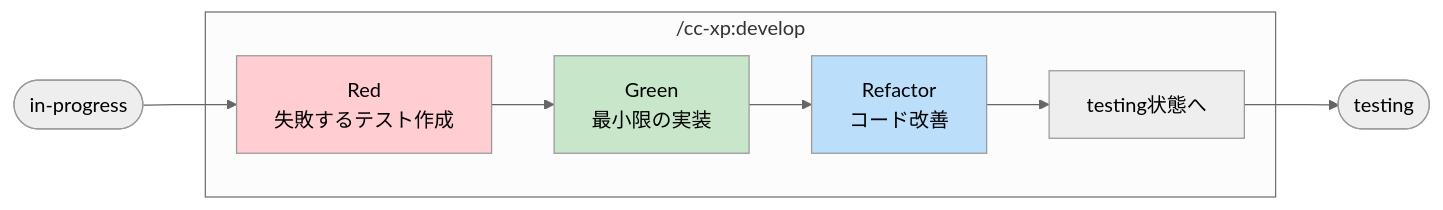
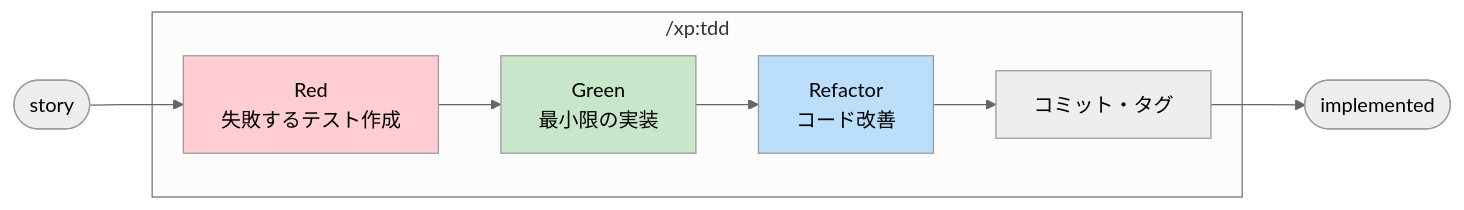
The third of 6 diagrams in README.md (B16B1RD/cc-xp-kit), drawn with Mermaid (neutral theme) before and after one commit. The commit also changed other lines of this file and 37 other files, not shown here.

````diff
--- a/README.md
+++ b/README.md
@@ -117,15 +125,15 @@
 ```mermaid
 graph LR
-    subgraph "/cc-xp:develop"
+    subgraph "/xp:tdd"
         Red[Red<br/>失敗するテスト作成] --> Green[Green<br/>最小限の実装]
         Green --> Refactor[Refactor<br/>コード改善]
-        Refactor --> Commit[testing状態へ]
+        Refactor --> Commit[コミット・タグ]
     end
     
-    Start([in-progress]) --> Red
-    Commit --> End([testing])
+    Start([story]) --> Red
+    Commit --> End([implemented])
     
     style Red fill:#ffcdd2
     style Green fill:#c8e6c9
     style Refactor fill:#bbdefb
 ```
````
